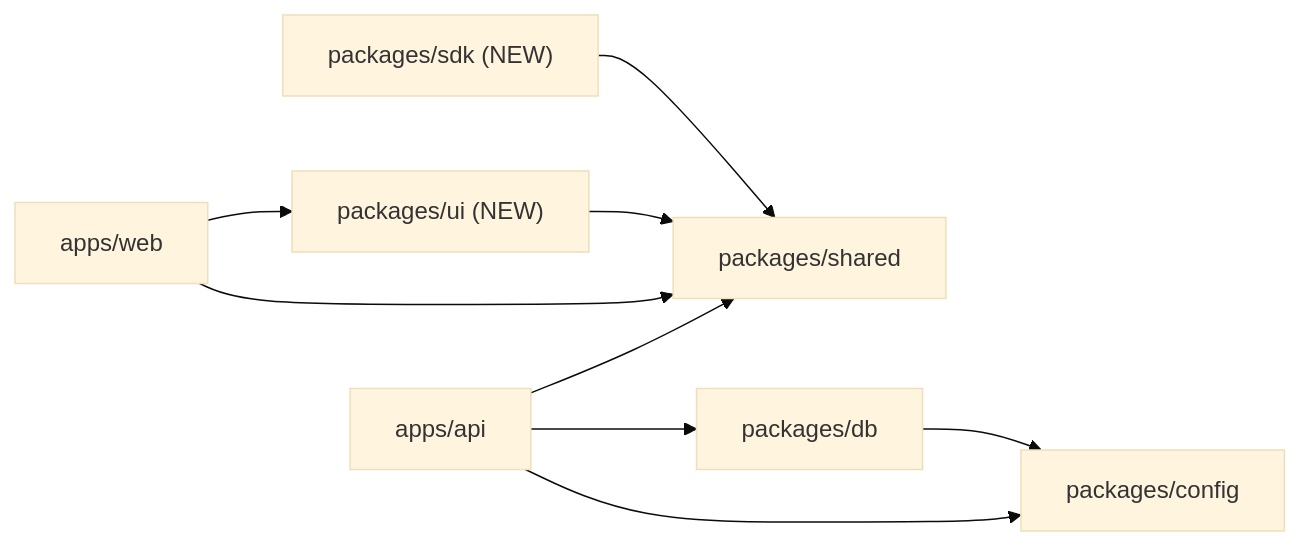
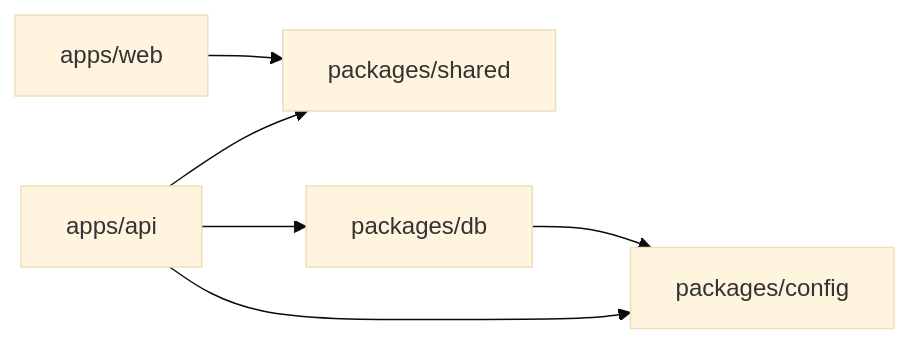
The ninth of 20 diagrams in docs/v3/architecture/00-overview.md (devangshupandey2025-stack/DevSage), drawn with Mermaid (base theme) before and after one commit. The commit also changed other lines of this file and 2 other files, not shown here.

Commit message:
chore: update api client and architecture docs

````diff
--- a/docs/v3/architecture/00-overview.md
+++ b/docs/v3/architecture/00-overview.md
@@ -399,11 +459,8 @@
 ```mermaid
 graph LR
     API["apps/api"] --> SHARED["packages/shared"]
     API --> DB["packages/db"]
     API --> CONFIG["packages/config"]
     WEB["apps/web"] --> SHARED
-    WEB --> UI["packages/ui (NEW)"]
-    UI --> SHARED
-    SDK["packages/sdk (NEW)"] --> SHARED
     DB --> CONFIG
 ```
````
